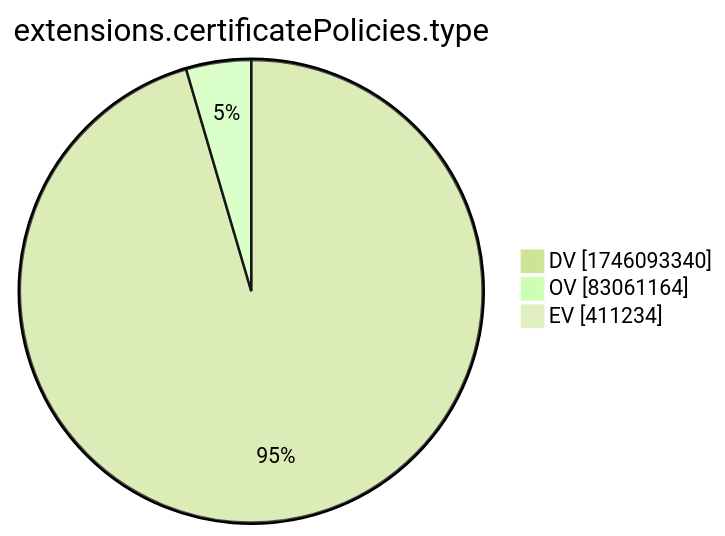
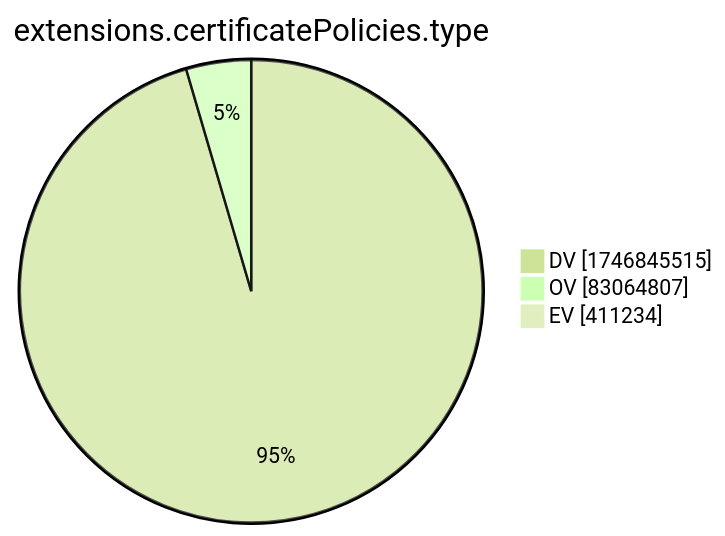
One commit to christiankrug/ctmonitor_visualization changed the tenth of 15 diagrams in xenon2022/README.md. Above: the diagram before and after it, drawn with Mermaid (forest theme). The commit also changed other lines of this file, not shown here.

````diff
--- a/xenon2022/README.md
+++ b/xenon2022/README.md
@@ -2881,7 +2881,7 @@
 ```mermaid
 pie showData
 title extensions.certificatePolicies.type
-"DV" :1746093340
-"OV" :83061164
+"DV" :1746845515
+"OV" :83064807
 "EV" :411234
 ```
````
